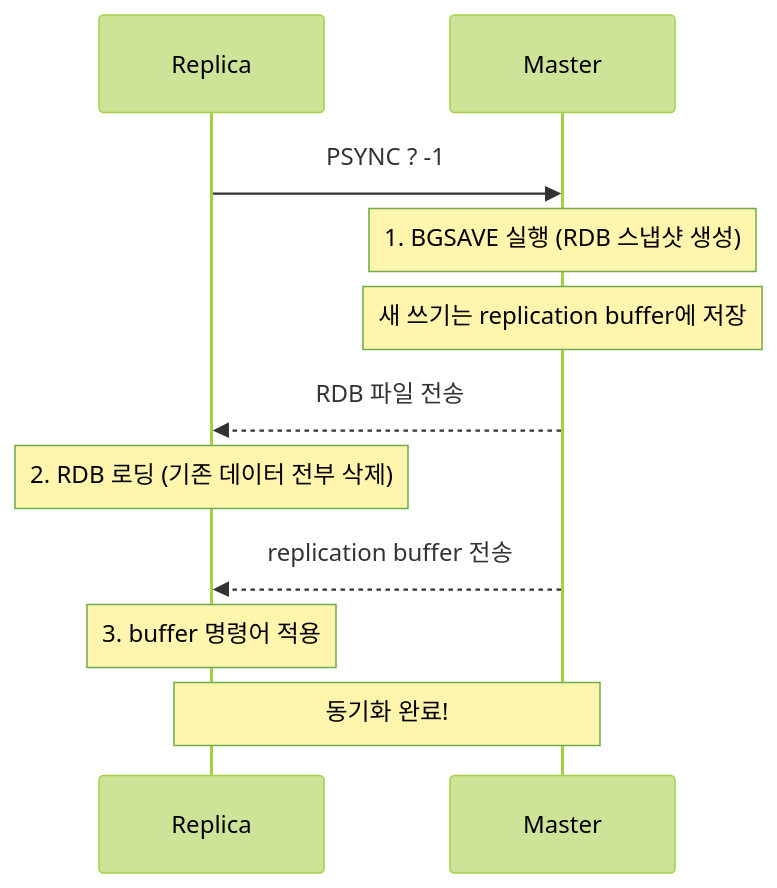
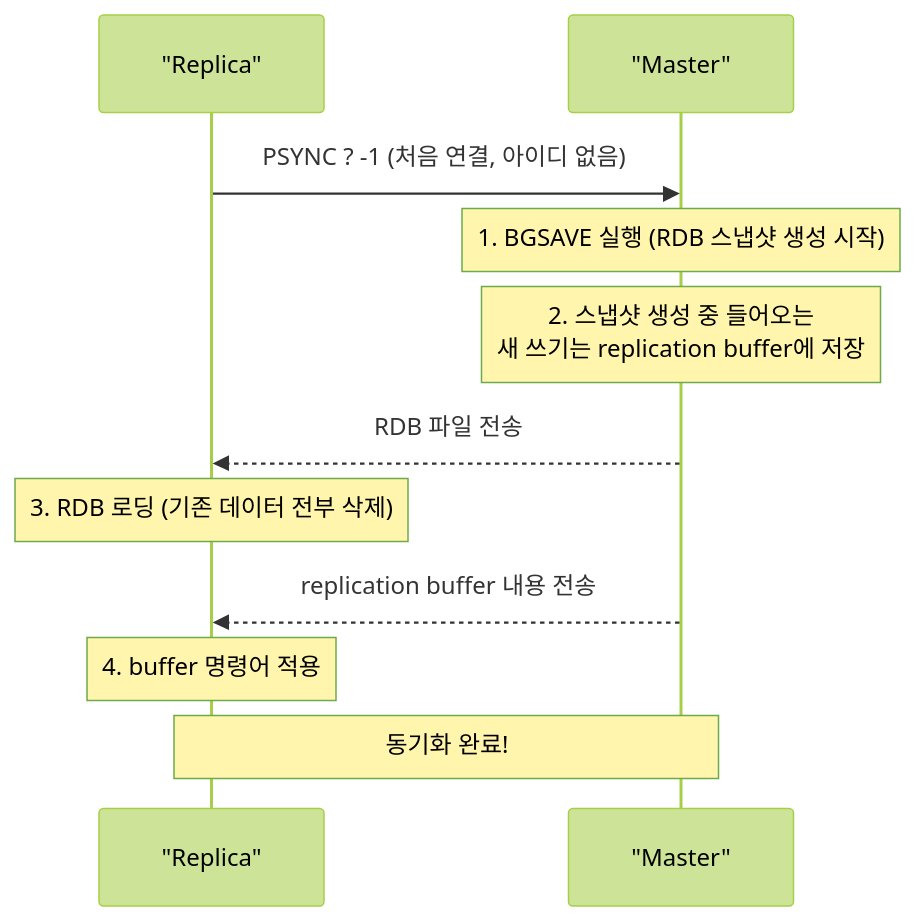
Before and after one commit to yjkim2015/yjkim2015.github.io: the second of 9 diagrams in _posts/redis/2026-05-01-redis-replication.md, drawn with Mermaid (forest theme). The commit also changed other lines of this file and 122 other files, not shown here.

````diff
--- a/_posts/redis/2026-05-01-redis-replication.md
+++ b/_posts/redis/2026-05-01-redis-replication.md
@@ -70,14 +62,14 @@
 ```mermaid
 sequenceDiagram
-    participant Rep as Replica
-    participant M as Master
+    participant Rep as "Replica"
+    participant M as "Master"
 
-    Rep->>M: PSYNC ? -1
-    Note over M: 1. BGSAVE 실행 (RDB 스냅샷 생성)
-    Note over M: 새 쓰기는 replication buffer에 저장
+    Rep->>M: PSYNC ? -1 (처음 연결, 아이디 없음)
+    Note over M: 1. BGSAVE 실행 (RDB 스냅샷 생성 시작)
+    Note over M: 2. 스냅샷 생성 중 들어오는<br>새 쓰기는 replication buffer에 저장
     M-->>Rep: RDB 파일 전송
-    Note over Rep: 2. RDB 로딩 (기존 데이터 전부 삭제)
-    M-->>Rep: replication buffer 전송
-    Note over Rep: 3. buffer 명령어 적용
+    Note over Rep: 3. RDB 로딩 (기존 데이터 전부 삭제)
+    M-->>Rep: replication buffer 내용 전송
+    Note over Rep: 4. buffer 명령어 적용
     Note over Rep,M: 동기화 완료!
 ```
````
